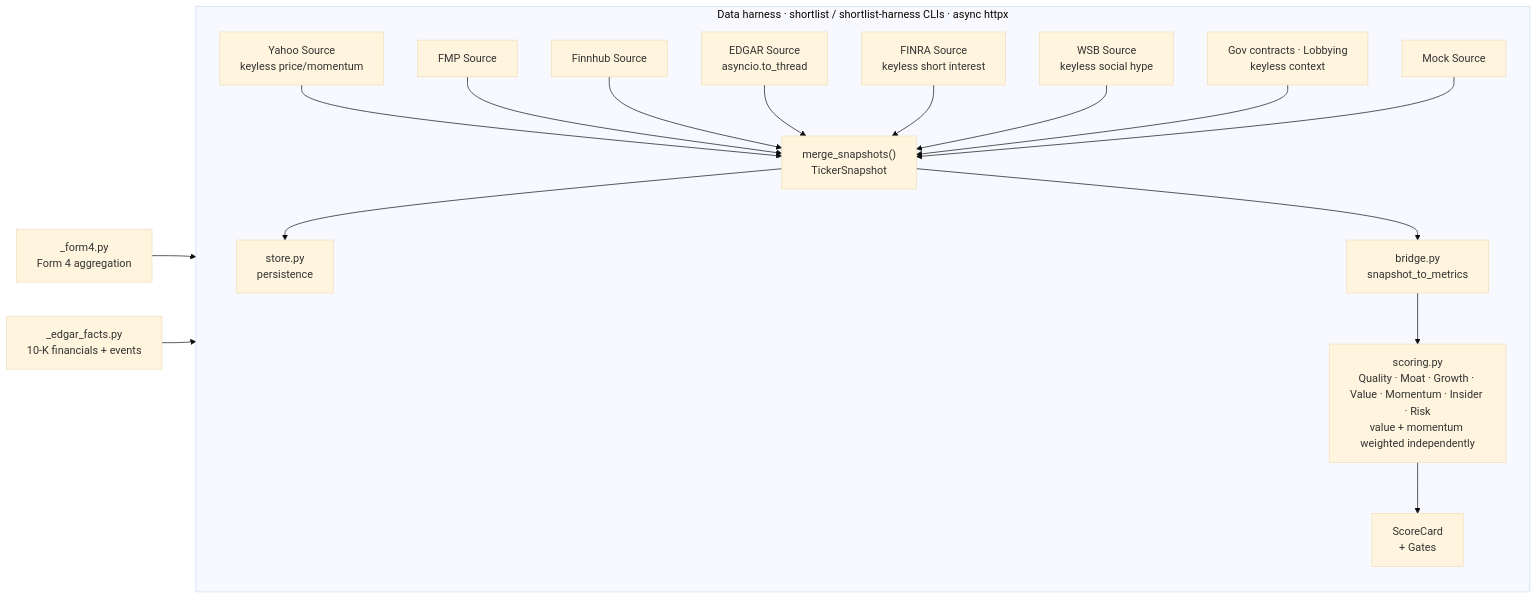
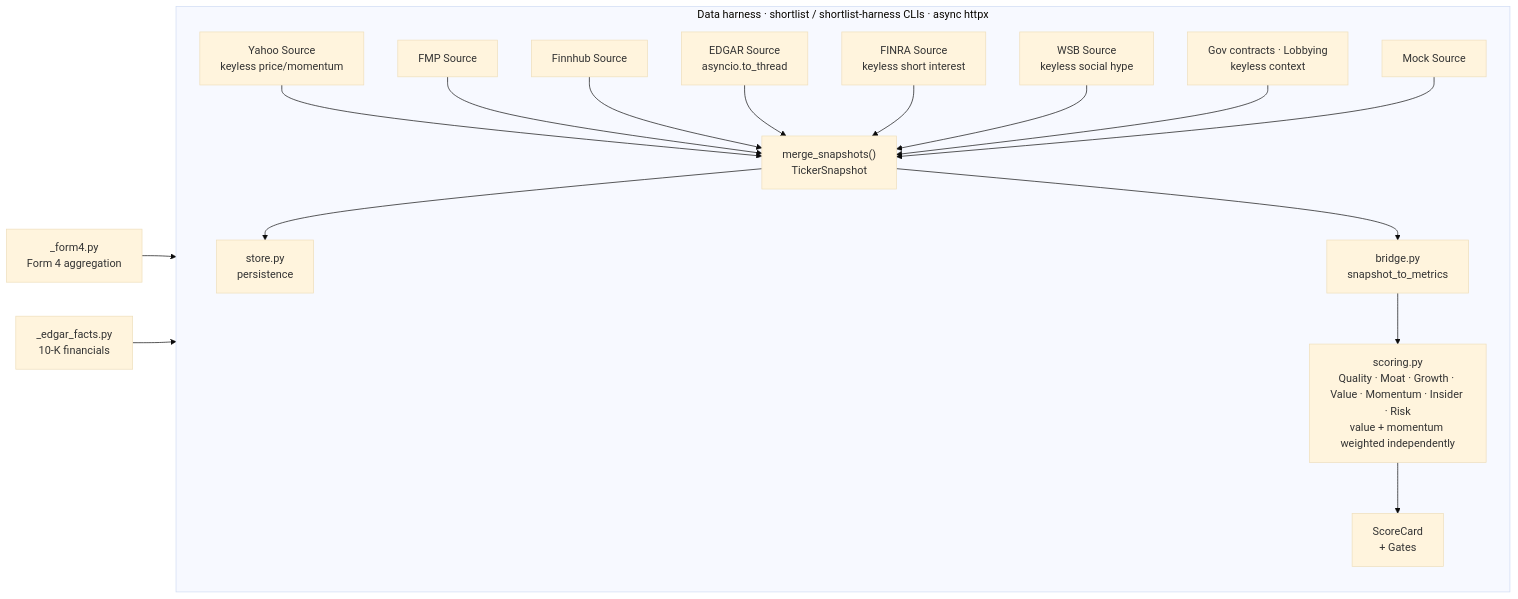
One commit to christurgeon/shortlist changed the diagram in HARNESS.md. Above: the diagram before and after it, drawn with Mermaid (base theme). The commit also changed other lines of this file and 15 other files, not shown here.

````diff
--- a/HARNESS.md
+++ b/HARNESS.md
@@ -10,37 +10,37 @@
 ```mermaid
 flowchart LR
     subgraph harness ["Data harness  ·  shortlist / shortlist-harness CLIs  ·  async httpx"]
         direction TB
         HS0["Yahoo Source<br/>keyless price/momentum"]
         HS1["FMP Source"]
         HS2["Finnhub Source"]
         HS3["EDGAR Source<br/>asyncio.to_thread"]
         HS4["FINRA Source<br/>keyless short interest"]
         HS5["WSB Source<br/>keyless social hype"]
         HS6["Gov contracts · Lobbying<br/>keyless context"]
         HS7["Mock Source"]
         HM["merge_snapshots()<br/>TickerSnapshot"]
         BR["bridge.py<br/>snapshot_to_metrics"]
         SC["scoring.py<br/>Quality · Moat · Growth · Value · Momentum · Insider · Risk<br/>value + momentum weighted independently"]
         CARD["ScoreCard<br/>+ Gates"]
         STORE["store.py<br/>persistence"]
 
         HS0 --> HM
         HS1 --> HM
         HS2 --> HM
         HS3 --> HM
         HS4 --> HM
         HS5 --> HM
         HS6 --> HM
         HS7 --> HM
         HM --> STORE
         HM --> BR
         BR --> SC
         SC --> CARD
     end
 
     F4["_form4.py<br/>Form 4 aggregation"]
-    EF["_edgar_facts.py<br/>10-K financials + events"]
+    EF["_edgar_facts.py<br/>10-K financials"]
     F4 --> HS3
     EF --> HS3
 ```
````
